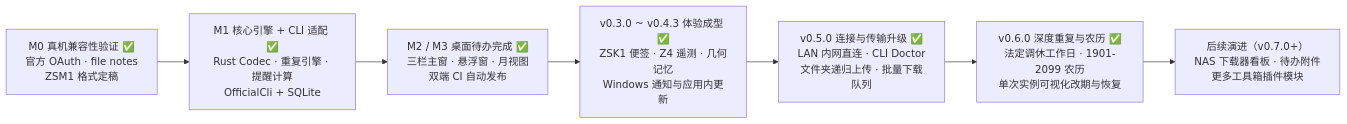
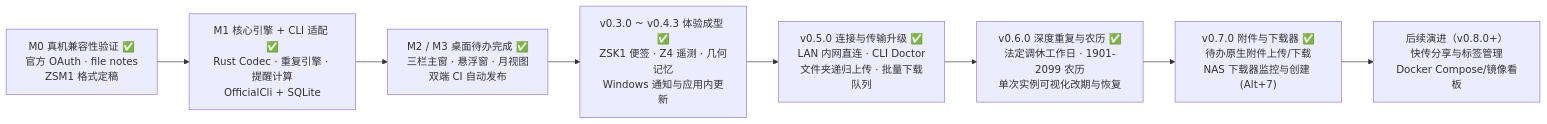
One commit to garyhj/ZSpaceMemo changed the second of 2 diagrams in docs/DESIGN.md. Above: the diagram before and after it, drawn with Mermaid. The commit also changed other lines of this file and 21 other files, not shown here.

````diff
--- a/docs/DESIGN.md
+++ b/docs/DESIGN.md
@@ -163,9 +169,10 @@
 ```mermaid
 flowchart LR
   M0["M0 真机兼容性验证 ✅<br/>官方 OAuth · file notes<br/>ZSM1 格式定稿"] --> M1["M1 核心引擎 + CLI 适配 ✅<br/>Rust Codec · 重复引擎 · 提醒计算<br/>OfficialCli + SQLite"]
   M1 --> M2["M2 / M3 桌面待办完成 ✅<br/>三栏主窗 · 悬浮窗 · 月视图<br/>双端 CI 自动发布"]
   M2 --> V030["v0.3.0 ~ v0.4.3 体验成型 ✅<br/>ZSK1 便签 · Z4 遥测 · 几何记忆<br/>Windows 通知与应用内更新"]
   V030 --> V050["v0.5.0 连接与传输升级 ✅<br/>LAN 内网直连 · CLI Doctor<br/>文件夹递归上传 · 批量下载队列"]
   V050 --> V060["v0.6.0 深度重复与农历 ✅<br/>法定调休工作日 · 1901-2099 农历<br/>单次实例可视化改期与恢复"]
-  V060 --> NEXT["后续演进（v0.7.0+）<br/>NAS 下载器看板 · 待办附件<br/>更多工具箱插件模块"]
+  V060 --> V070["v0.7.0 附件与下载器 ✅<br/>待办原生附件上传/下载<br/>NAS 下载器监控与创建 (Alt+7)"]
+  V070 --> NEXT["后续演进（v0.8.0+）<br/>快传分享与标签管理<br/>Docker Compose/镜像看板"]
 ```
````
